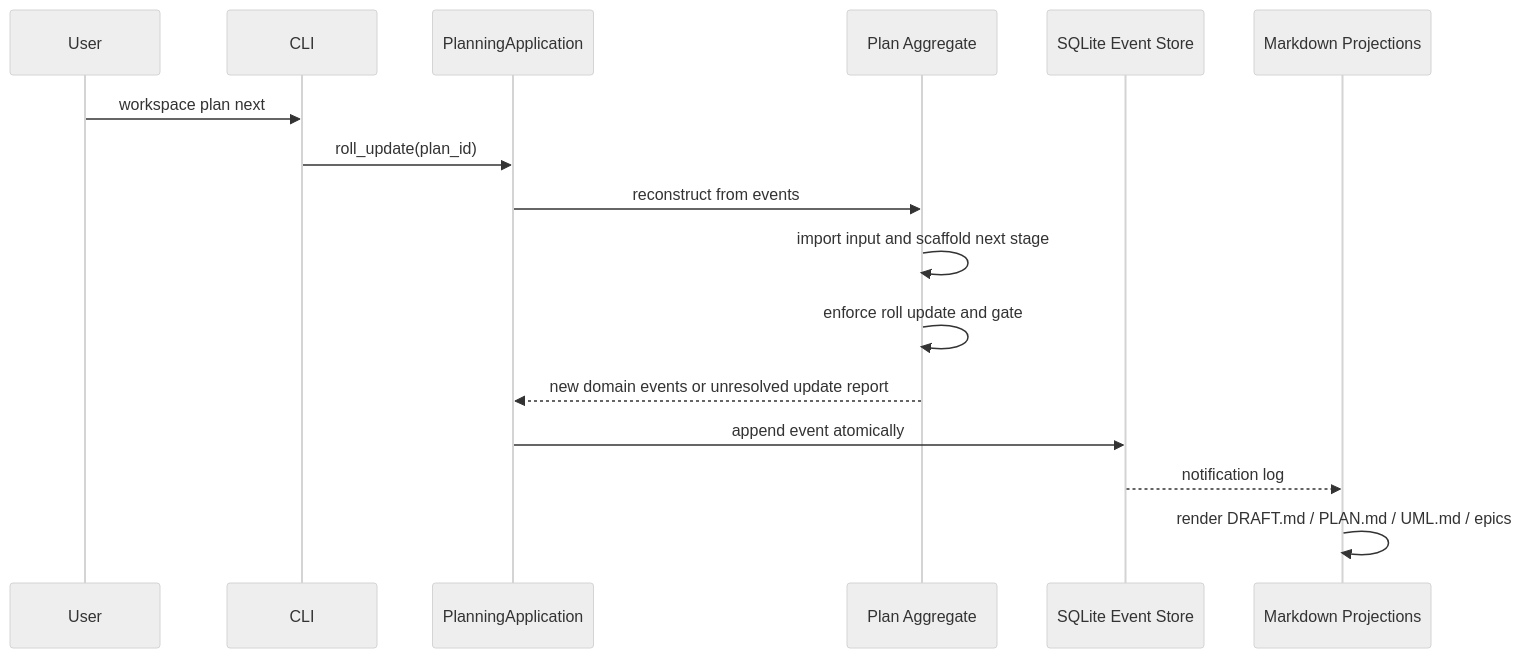
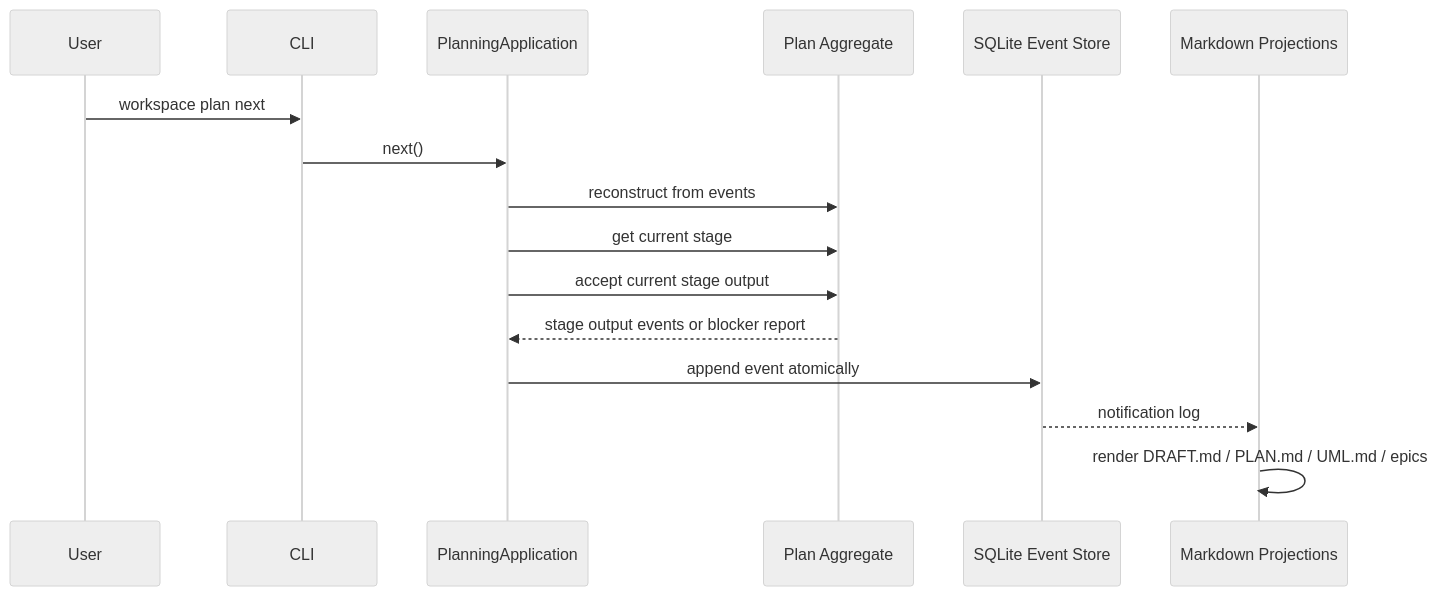
The eighth of 14 diagrams in .enclosure/plans/planning-workflow/UML.md (9orky/enclosure), drawn with Mermaid (neutral theme) before and after one commit. The commit also changed other lines of this file and 23 other files, not shown here.

````diff
--- a/.enclosure/plans/planning-workflow/UML.md
+++ b/.enclosure/plans/planning-workflow/UML.md
@@ -247,19 +262,19 @@
 ```mermaid
 sequenceDiagram
     participant User
     participant CLI
     participant App as PlanningApplication
     participant Plan as Plan Aggregate
     participant DB as SQLite Event Store
     participant Proj as Markdown Projections
 
     User->>CLI: workspace plan next
-    CLI->>App: roll_update(plan_id)
+    CLI->>App: next()
     App->>Plan: reconstruct from events
-    Plan->>Plan: import input and scaffold next stage
-    Plan->>Plan: enforce roll update and gate
-    Plan-->>App: new domain events or unresolved update report
+    App->>Plan: get current stage
+    App->>Plan: accept current stage output
+    Plan-->>App: stage output events or blocker report
     App->>DB: append event atomically
     DB-->>Proj: notification log
     Proj->>Proj: render DRAFT.md / PLAN.md / UML.md / epics
 ```
````
